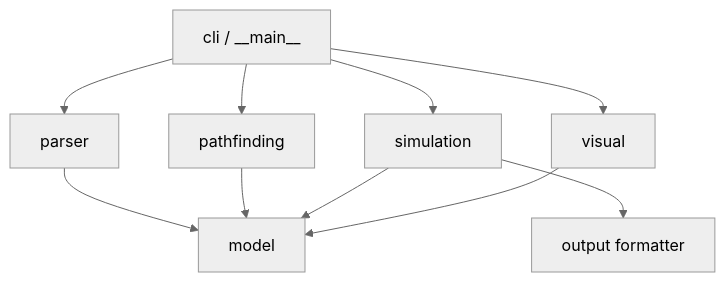
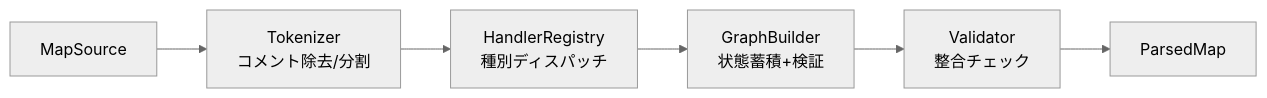
Before and after one commit to hidcc/42subject: the fourth of 6 diagrams in Flyin/DESIGN.md, drawn with Mermaid (neutral theme). The commit also changed other lines of this file, not shown here.

````diff
--- a/Flyin/DESIGN.md
+++ b/Flyin/DESIGN.md
@@ -231,12 +328,8 @@
 ```mermaid
-flowchart TD
-    CLI[cli / __main__] --> PARSE[parser]
-    CLI --> ROUTE[pathfinding]
-    CLI --> SIM[simulation]
-    CLI --> VIS[visual]
-    PARSE --> MODEL[model]
-    ROUTE --> MODEL
-    SIM --> MODEL
-    SIM --> OUT[output formatter]
-    VIS --> MODEL
+flowchart LR
+    SRC[MapSource] --> TOK[Tokenizer<br/>コメント除去/分割]
+    TOK --> DISP[HandlerRegistry<br/>種別ディスパッチ]
+    DISP --> BLD[GraphBuilder<br/>状態蓄積+検証]
+    BLD --> VAL[Validator<br/>整合チェック]
+    VAL --> PM[ParsedMap]
 ```
````
